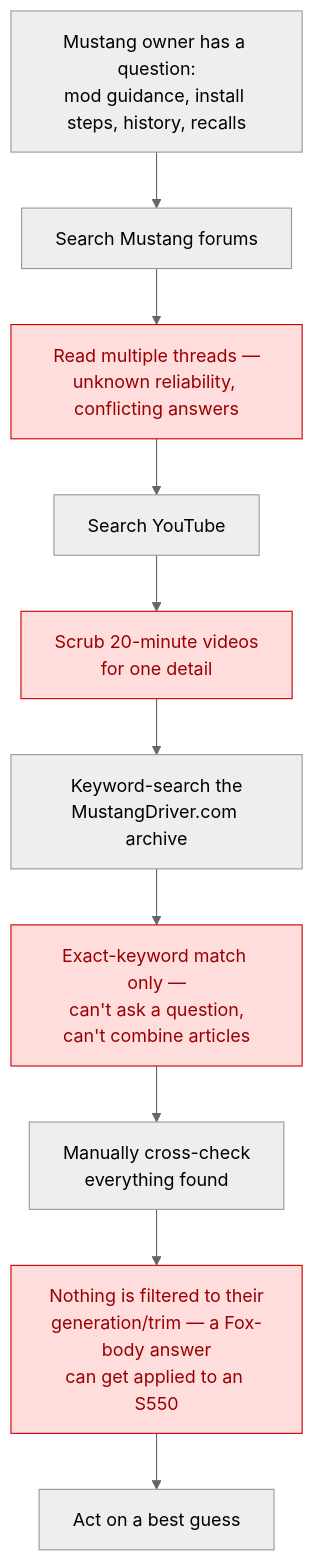
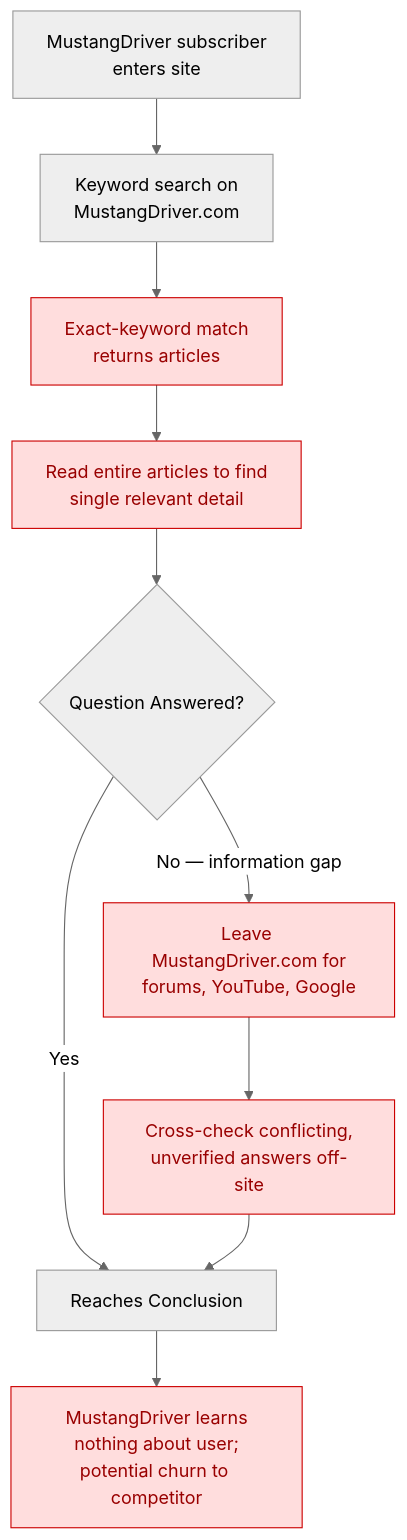
The first of 3 diagrams in README.md (theturpinator/ai-engineer-certification-challenge), drawn with Mermaid (neutral theme) before and after one commit. The commit also changed other lines of this file and 5 other files, not shown here.

````diff
--- a/README.md
+++ b/README.md
@@ -26,14 +26,14 @@
 ```mermaid
 flowchart TD
-    Q["Mustang owner has a question:<br/>mod guidance, install steps, history, recalls"] --> F["Search Mustang forums"]
-    F --> FP["Read multiple threads —<br/>unknown reliability, conflicting answers"]:::pain
-    FP --> Y["Search YouTube"]
-    Y --> YP["Scrub 20-minute videos<br/>for one detail"]:::pain
-    YP --> A["Keyword-search the<br/>MustangDriver.com archive"]
-    A --> AP["Exact-keyword match only —<br/>can't ask a question,<br/>can't combine articles"]:::pain
-    AP --> X["Manually cross-check<br/>everything found"]
-    X --> XP["Nothing is filtered to their<br/>generation/trim — a Fox-body answer<br/>can get applied to an S550"]:::pain
-    XP --> R["Act on a best guess"]
+    Q["MustangDriver subscriber<br/>enters site"] --> S["Keyword search on<br/>MustangDriver.com"]
+    S --> SP["Exact-keyword match</br>returns articles"]:::pain
+    SP --> RD["Read entire articles to find<br/>single relevant detail"]:::pain
+    RD --> G{"Question Answered?"}
+    G -->|"Yes"| R["Reaches Conclusion"]
+    G -->|"No — information gap"| L["Leave MustangDriver.com for<br/>forums, YouTube, Google"]:::pain
+    L --> X["Cross-check conflicting,<br/>unverified answers off-site"]:::pain
+    X --> R
+    R --> N["MustangDriver learns</br>nothing about user;</br>potential churn to competitor"]:::pain
 
     classDef pain fill:#ffdddd,stroke:#cc0000,color:#990000
 ```
````
